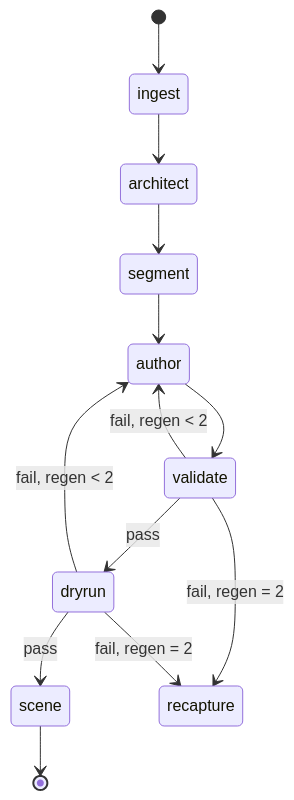
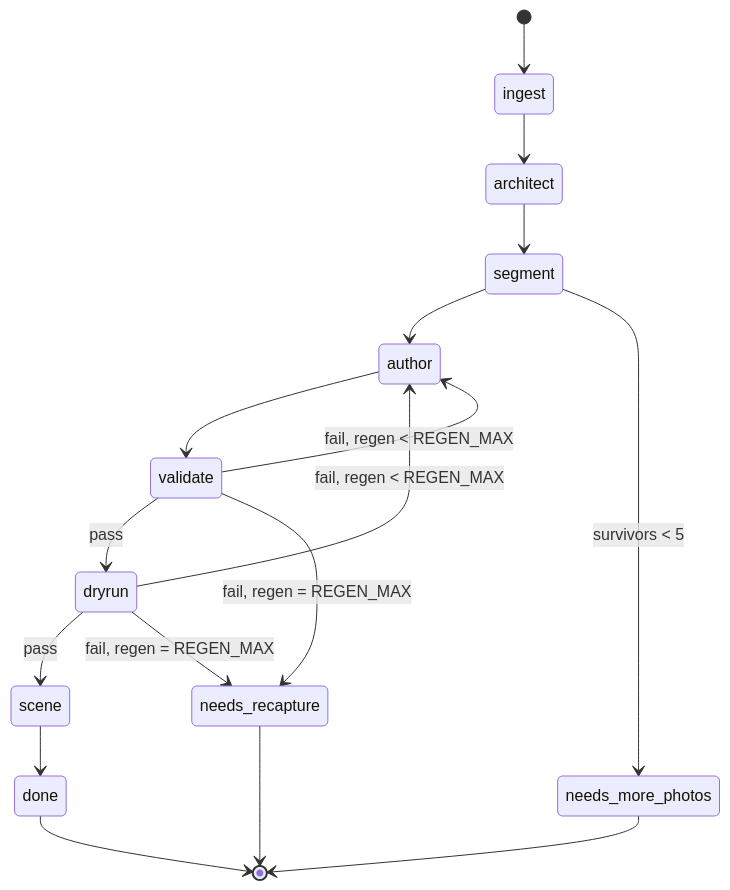
The third of 4 diagrams in docs/planning-artifacts/architecture/architecture-Keyframe-2026-10-21/ARCHITECTURE-SPINE.md (lutic1/meta-hackathon-2026), drawn with Mermaid before and after one commit. The commit also changed other lines of this file and 10 other files, not shown here.

Commit message:
Architecture spine finalized after the reviewer gate (18 ADs); spec adopts the spine as a companion; cut-1 wording aligned

````diff
--- a/docs/planning-artifacts/architecture/architecture-Keyframe-2026-10-21/ARCHITECTURE-SPINE.md
+++ b/docs/planning-artifacts/architecture/architecture-Keyframe-2026-10-21/ARCHITECTURE-SPINE.md
@@ -215,15 +237,19 @@
 ```mermaid
 stateDiagram-v2
   [*] --> ingest
   ingest --> architect
   architect --> segment
   segment --> author
+  segment --> needs_more_photos: survivors < 5
   author --> validate
   validate --> dryrun: pass
-  validate --> author: fail, regen < 2
+  validate --> author: fail, regen < REGEN_MAX
   dryrun --> scene: pass
-  dryrun --> author: fail, regen < 2
-  validate --> recapture: fail, regen = 2
-  dryrun --> recapture: fail, regen = 2
-  scene --> [*]
+  dryrun --> author: fail, regen < REGEN_MAX
+  validate --> needs_recapture: fail, regen = REGEN_MAX
+  dryrun --> needs_recapture: fail, regen = REGEN_MAX
+  scene --> done
+  done --> [*]
+  needs_more_photos --> [*]
+  needs_recapture --> [*]
 ```
````
